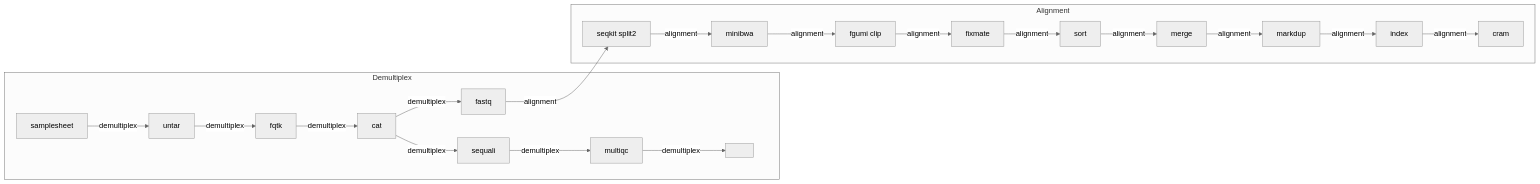
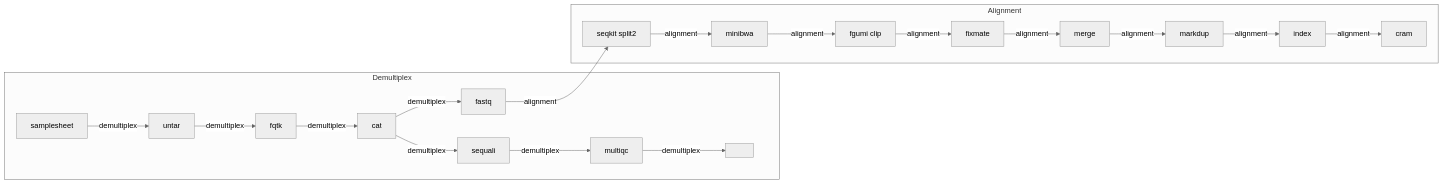
The diagram in docs/images/zealgt_metro.mmd (sawers-rellan-labs/zealgt), drawn with Mermaid (neutral theme) before and after one commit. The commit also changed 1 other file, not shown here.

Commit message:
README map: alignment shows split and merge, without sort (detail in the full map; user)

```diff
--- a/docs/images/zealgt_metro.mmd
+++ b/docs/images/zealgt_metro.mmd
@@ -1,57 +1,55 @@
 %%metro title: sawers-rellan-labs/zealgt
 %%metro style: nfcore
 %%metro file: samples_in | CSV
 %%metro file: fastq_sheet | FASTQ
 %%metro file: cram_out | CRAM
 %%metro file: reads_report | HTML
 %%metro line: demultiplex | --step demultiplex | #2db572
 %%metro line: alignment | --step alignment | #0570b0
 %%metro legend: bl
 %%metro grid: demux | 0,0
 %%metro grid: align | 0,1
 
 graph LR
     subgraph demux [Demultiplex]
         %%metro exit: right | alignment
         samples_in[samplesheet]
         extract_lane_d[untar]
         fqtk[fqtk]
         cat_fastq[cat]
         fastq_sheet[fastq]
         sequali[sequali]
         multiqc_reads[multiqc]
         reads_report[ ]
 
         samples_in -->|demultiplex| extract_lane_d
         extract_lane_d -->|demultiplex| fqtk
         fqtk -->|demultiplex| cat_fastq
         cat_fastq -->|demultiplex| fastq_sheet
         cat_fastq -->|demultiplex| sequali
         sequali -->|demultiplex| multiqc_reads
         multiqc_reads -->|demultiplex| reads_report
     end
 
     subgraph align [Alignment]
         %%metro entry: left | alignment
         split[seqkit split2]
         minibwa[minibwa]
         fgumi[fgumi clip]
         fixmate[fixmate]
-        sort[sort]
         merge[merge]
         markdup[markdup]
         index[index]
         cram_out[cram]
 
         split -->|alignment| minibwa
         minibwa -->|alignment| fgumi
         fgumi -->|alignment| fixmate
-        fixmate -->|alignment| sort
-        sort -->|alignment| merge
+        fixmate -->|alignment| merge
         merge -->|alignment| markdup
         markdup -->|alignment| index
         index -->|alignment| cram_out
     end
 
 
     fastq_sheet -->|alignment| split
```
